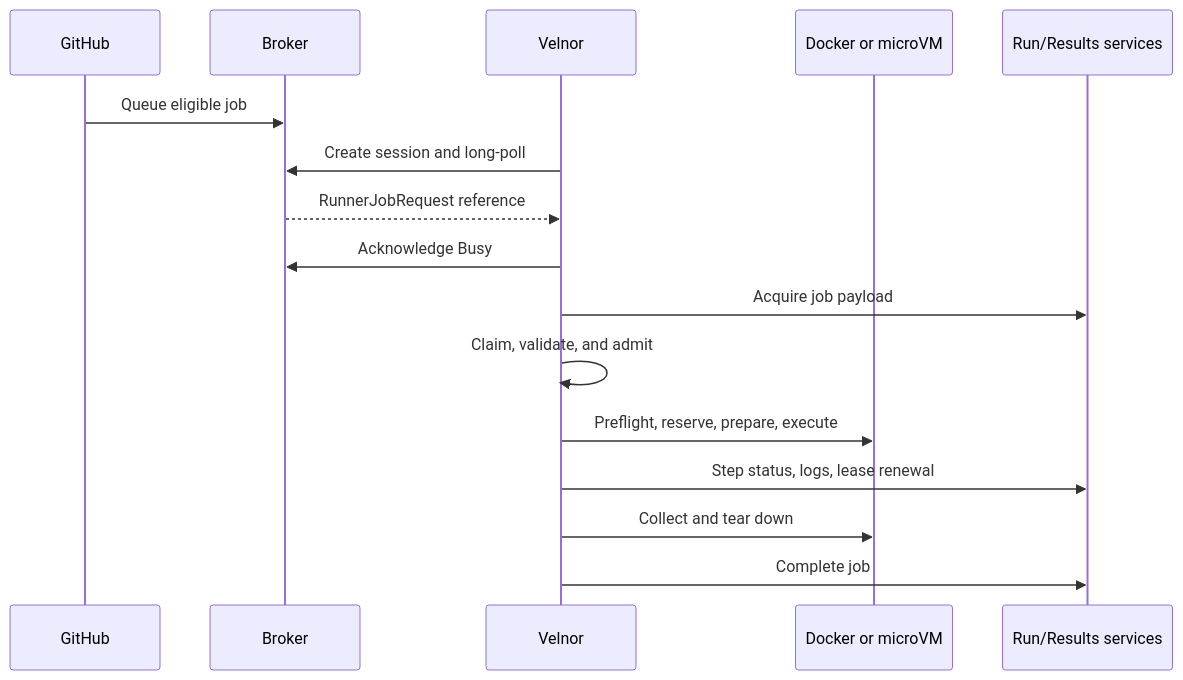
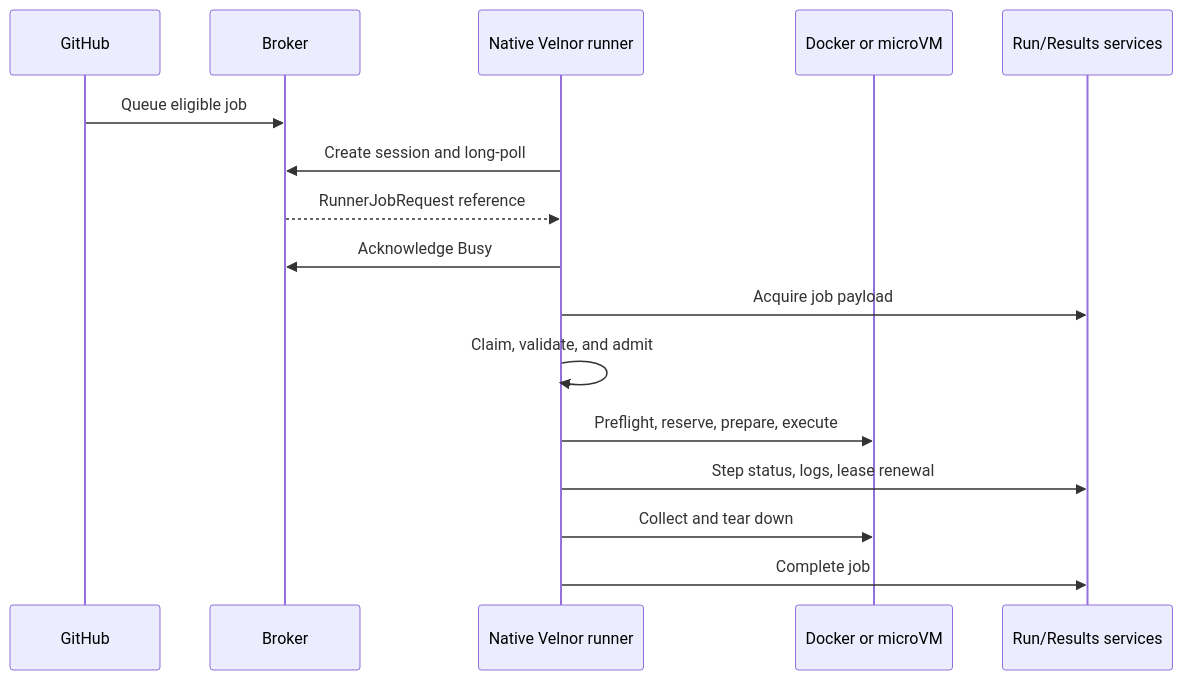
One commit to tailrocks/velnor changed the diagram in content/docs/guides/execution.mdx. Above: the diagram before and after it, drawn with Mermaid. The commit also changed other lines of this file and 6 other files, not shown here.

Commit message:
docs: clarify native and scale set runner flows

````diff
--- a/content/docs/guides/execution.mdx
+++ b/content/docs/guides/execution.mdx
@@ -13,18 +15,18 @@
 ```mermaid
 sequenceDiagram
     participant G as GitHub
     participant B as Broker
-    participant V as Velnor
+    participant V as Native Velnor runner
     participant E as Docker or microVM
     participant R as Run/Results services
     G->>B: Queue eligible job
     V->>B: Create session and long-poll
     B-->>V: RunnerJobRequest reference
     V->>B: Acknowledge Busy
     V->>R: Acquire job payload
     V->>V: Claim, validate, and admit
     V->>E: Preflight, reserve, prepare, execute
     V->>R: Step status, logs, lease renewal
     V->>E: Collect and tear down
     V->>R: Complete job
 ```
````
